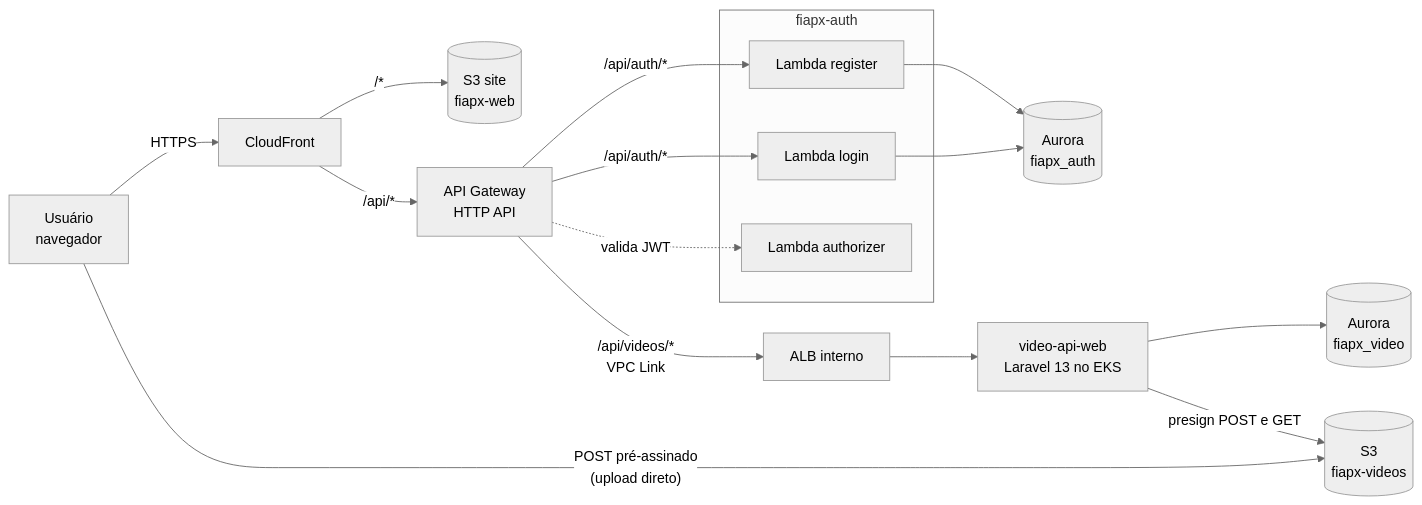
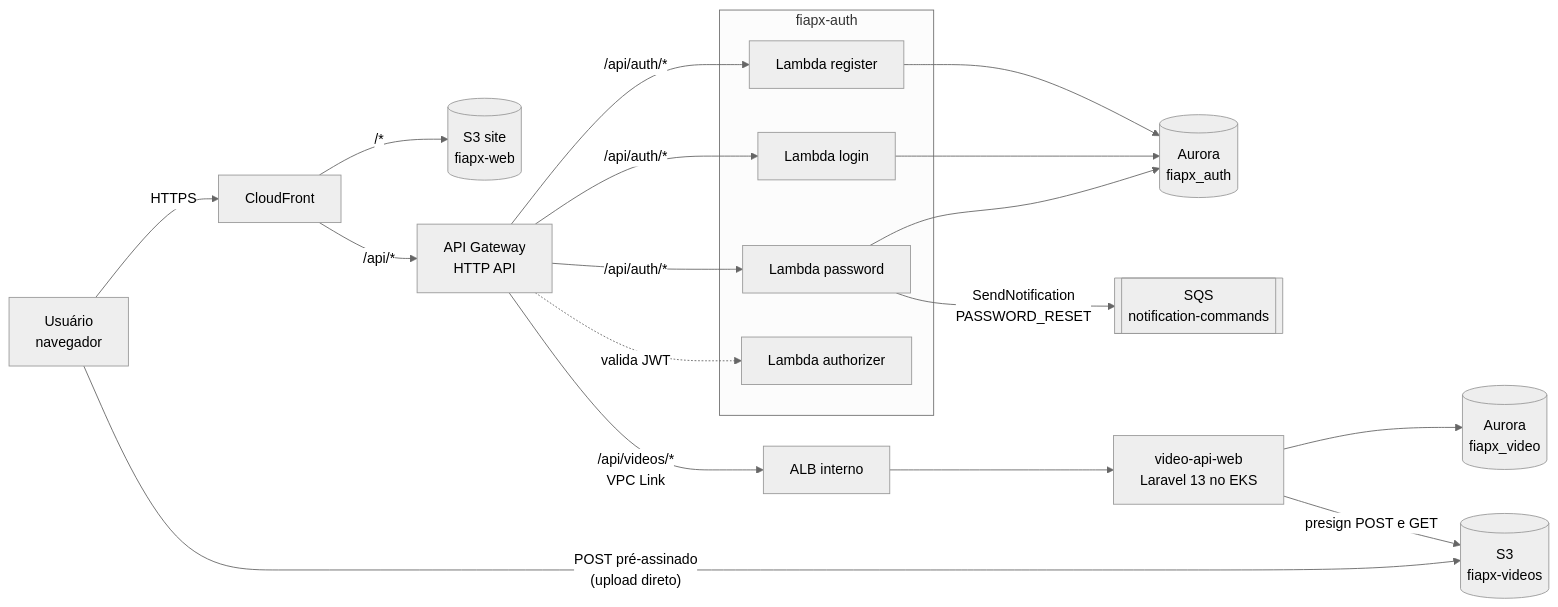
Before and after one commit to hackathon-fiap-soat/fiapx-docs: the first of 2 diagrams in 03-arquitetura/c4-containers.md, drawn with Mermaid (neutral theme). The commit also changed other lines of this file and 129 other files, not shown here.

First line of the commit message:
docs: recuperação e troca de senha + diagramas organizados por assunto (#4)

````diff
--- a/03-arquitetura/c4-containers.md
+++ b/03-arquitetura/c4-containers.md
@@ -8,22 +8,24 @@
 ```mermaid
 flowchart LR
   U["Usuário<br/>navegador"] -->|HTTPS| CF["CloudFront"]
   CF -->|"/*"| WEB[("S3 site<br/>fiapx-web")]
   CF -->|"/api/*"| APIGW["API Gateway<br/>HTTP API"]
   U -->|"POST pré-assinado<br/>(upload direto)"| S3[("S3<br/>fiapx-videos")]
 
   subgraph Auth["fiapx-auth"]
     LREG["Lambda register"]
     LLOGIN["Lambda login"]
+    LPASS["Lambda password"]
     LAUTHZ["Lambda authorizer"]
   end
 
-  APIGW -->|"/api/auth/*"| LREG & LLOGIN
+  APIGW -->|"/api/auth/*"| LREG & LLOGIN & LPASS
   APIGW -. "valida JWT" .-> LAUTHZ
-  LREG & LLOGIN --> AURORA_AUTH[("Aurora<br/>fiapx_auth")]
+  LREG & LLOGIN & LPASS --> AURORA_AUTH[("Aurora<br/>fiapx_auth")]
+  LPASS -->|"SendNotification<br/>PASSWORD_RESET"| Q_NOTIF[["SQS<br/>notification-commands"]]
 
   APIGW -->|"/api/videos/*<br/>VPC Link"| ALB["ALB interno"]
   ALB --> API["video-api-web<br/>Laravel 13 no EKS"]
   API --> AURORA_VIDEO[("Aurora<br/>fiapx_video")]
   API -->|"presign POST e GET"| S3
 ```
````
